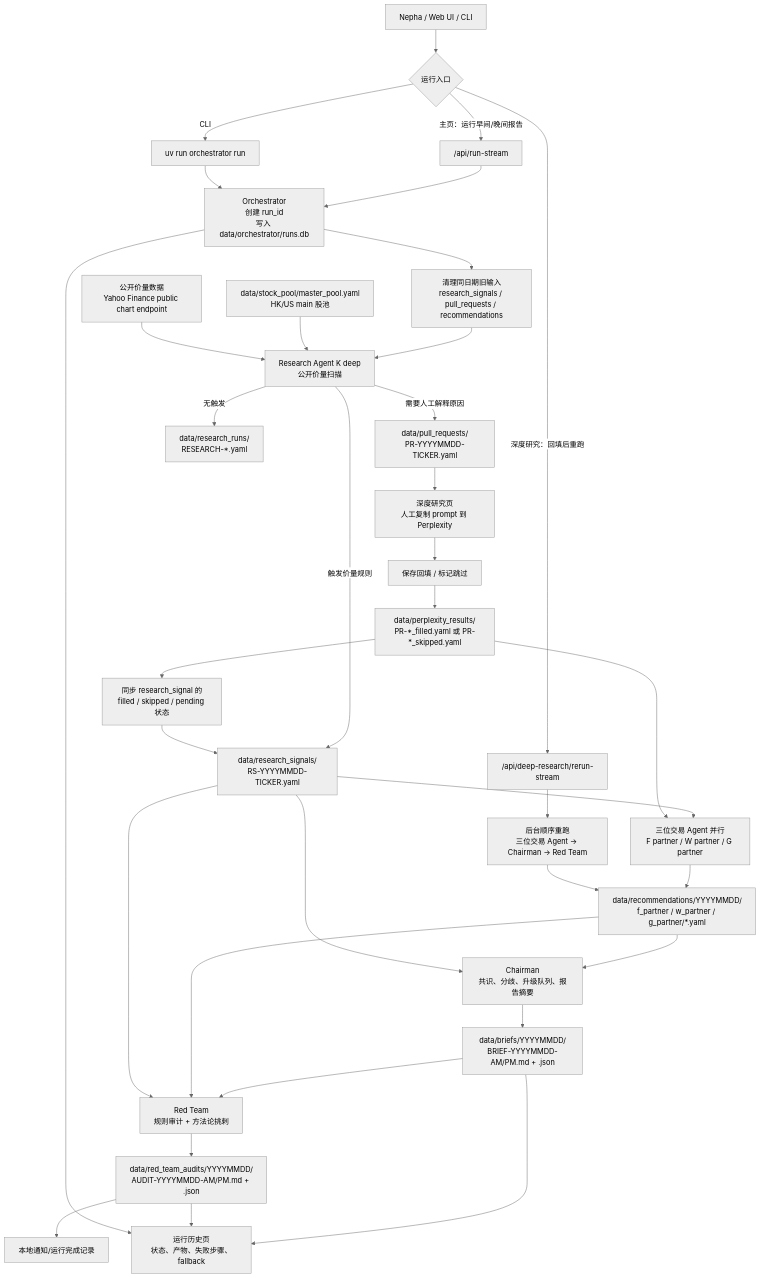
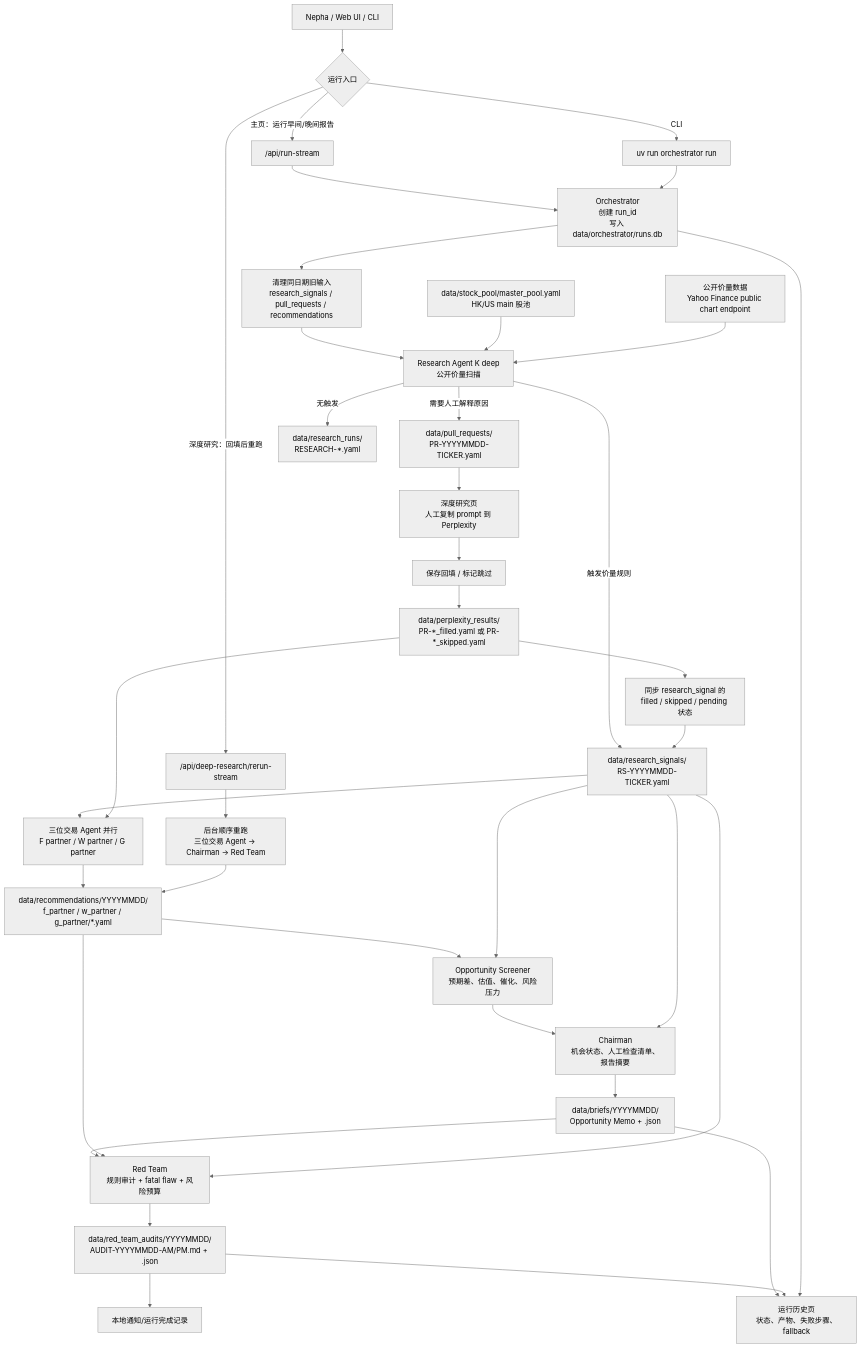
Before and after one commit to amanayayatu-tech/ksana: the first of 7 diagrams in SYSTEM_FLOW.md, drawn with Mermaid (neutral theme). The commit also changed other lines of this file and 26 other files, not shown here.

Commit message:
Implement opportunity memo workflow

````diff
--- a/SYSTEM_FLOW.md
+++ b/SYSTEM_FLOW.md
@@ -7,48 +7,50 @@
 ```mermaid
 flowchart TD
     User["Nepha / Web UI / CLI"] --> Entry{"运行入口"}
 
     Entry -->|"主页：运行早间/晚间报告"| WebRun["/api/run-stream"]
     Entry -->|"CLI"| CliRun["uv run orchestrator run"]
     Entry -->|"深度研究：回填后重跑"| DeepRun["/api/deep-research/rerun-stream"]
 
     WebRun --> Orchestrator["Orchestrator\n创建 run_id\n写入 data/orchestrator/runs.db"]
     CliRun --> Orchestrator
 
     Orchestrator --> Clean["清理同日期旧输入\nresearch_signals / pull_requests / recommendations"]
     Clean --> Research["Research Agent K deep\n公开价量扫描"]
 
     StockPool["data/stock_pool/master_pool.yaml\nHK/US main 股池"] --> Research
     MarketData["公开价量数据\nYahoo Finance public chart endpoint"] --> Research
 
     Research -->|"触发价量规则"| Signals["data/research_signals/\nRS-YYYYMMDD-TICKER.yaml"]
     Research -->|"需要人工解释原因"| Prompts["data/pull_requests/\nPR-YYYYMMDD-TICKER.yaml"]
     Research -->|"无触发"| ResearchSummary["data/research_runs/\nRESEARCH-*.yaml"]
 
     Signals --> TradingParallel["三位交易 Agent 并行\nF partner / W partner / G partner"]
     Prompts --> PerplexityUI["深度研究页\n人工复制 prompt 到 Perplexity"]
     PerplexityUI --> Fill["保存回填 / 标记跳过"]
     Fill --> Results["data/perplexity_results/\nPR-*_filled.yaml 或 PR-*_skipped.yaml"]
     Results --> SyncSignal["同步 research_signal 的\nfilled / skipped / pending 状态"]
     SyncSignal --> Signals
 
     Results --> TradingParallel
     TradingParallel --> Recs["data/recommendations/YYYYMMDD/\nf_partner / w_partner / g_partner/*.yaml"]
 
-    Recs --> Chairman["Chairman\n共识、分歧、升级队列、报告摘要"]
+    Recs --> Screener["Opportunity Screener\n预期差、估值、催化、风险压力"]
+    Signals --> Screener
+    Screener --> Chairman["Chairman\n机会状态、人工检查清单、报告摘要"]
     Signals --> Chairman
-    Chairman --> Brief["data/briefs/YYYYMMDD/\nBRIEF-YYYYMMDD-AM/PM.md + .json"]
+    Chairman --> Brief["data/briefs/YYYYMMDD/\nOpportunity Memo + .json"]
 
-    Brief --> RedTeam["Red Team\n规则审计 + 方法论挑刺"]
+    Brief --> RedTeam["Red Team\n规则审计 + fatal flaw + 风险预算"]
     Recs --> RedTeam
     Signals --> RedTeam
     RedTeam --> Audit["data/red_team_audits/YYYYMMDD/\nAUDIT-YYYYMMDD-AM/PM.md + .json"]
 
     Audit --> Notify["本地通知/运行完成记录"]
     Brief --> History["运行历史页\n状态、产物、失败步骤、fallback"]
     Audit --> History
     Orchestrator --> History
 
     DeepRun --> DeepSeq["后台顺序重跑\n三位交易 Agent -> Chairman -> Red Team"]
     DeepSeq --> Recs
 ```
````
